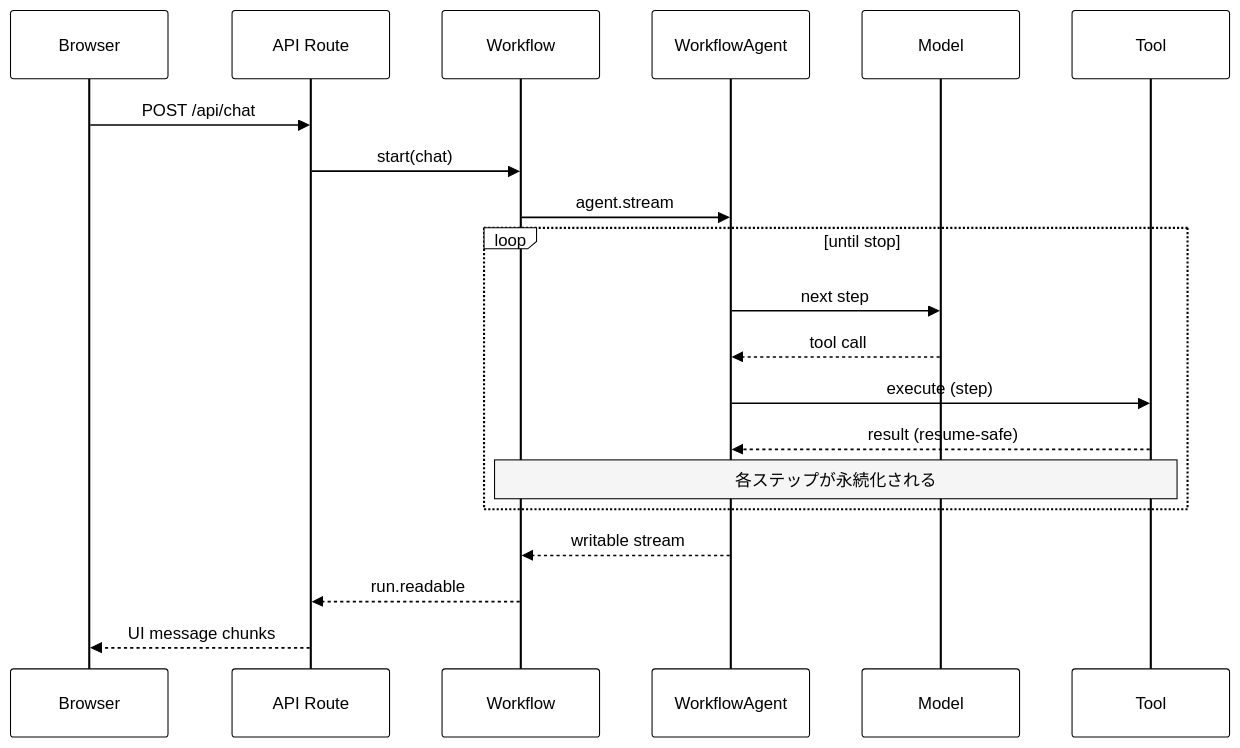
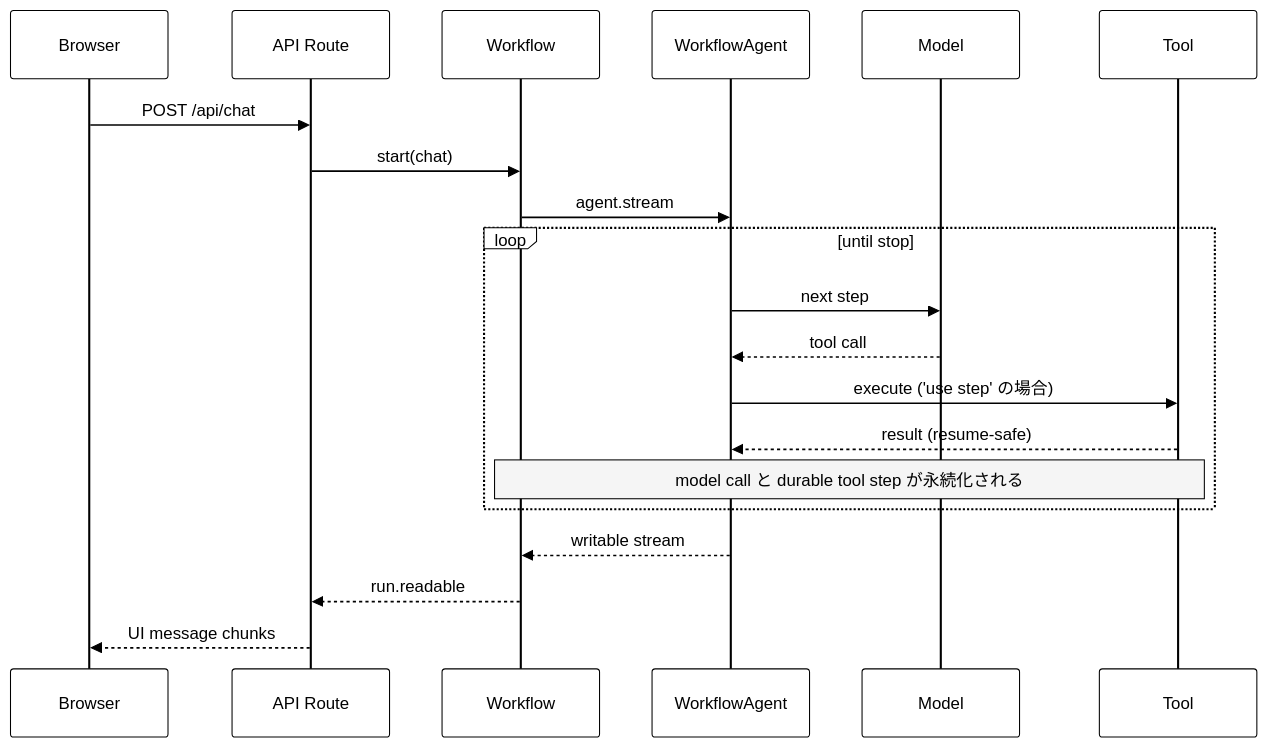
Before and after one commit to tuboihirokidesu/lt_slide_aisdk-v7-workflow-agent: the second of 3 diagrams in slides.md, drawn with Mermaid. The commit also changed other lines of this file and 1 other file, not shown here.

````diff
--- a/slides.md
+++ b/slides.md
@@ -417,24 +520,24 @@
 ```mermaid {scale: 0.45}
 %%{init: {'theme':'base','themeVariables':{'background':'#FFFFFF','primaryColor':'#FFFFFF','primaryTextColor':'#000000','primaryBorderColor':'#000000','lineColor':'#000000','textColor':'#000000','actorBkg':'#FFFFFF','actorBorder':'#000000','actorTextColor':'#000000','actorLineColor':'#000000','signalColor':'#000000','signalTextColor':'#000000','labelBoxBkgColor':'#FFFFFF','labelBoxBorderColor':'#000000','labelTextColor':'#000000','loopTextColor':'#000000','noteBkgColor':'#F5F5F5','noteTextColor':'#000000','noteBorderColor':'#000000','activationBorderColor':'#000000','activationBkgColor':'#F5F5F5'}}}%%
 sequenceDiagram
   participant C as Browser
   participant R as API Route
   participant W as Workflow
   participant A as WorkflowAgent
   participant L as Model
   participant T as Tool
 
   C->>R: POST /api/chat
   R->>W: start(chat)
   W->>A: agent.stream
   loop until stop
     A->>L: next step
     L-->>A: tool call
-    A->>T: execute (step)
+    A->>T: execute ('use step' の場合)
     T-->>A: result (resume-safe)
-    Note over W,T: 各ステップが永続化される
+    Note over W,T: model call と durable tool step が永続化される
   end
   A-->>W: writable stream
   W-->>R: run.readable
   R-->>C: UI message chunks
 ```
````
